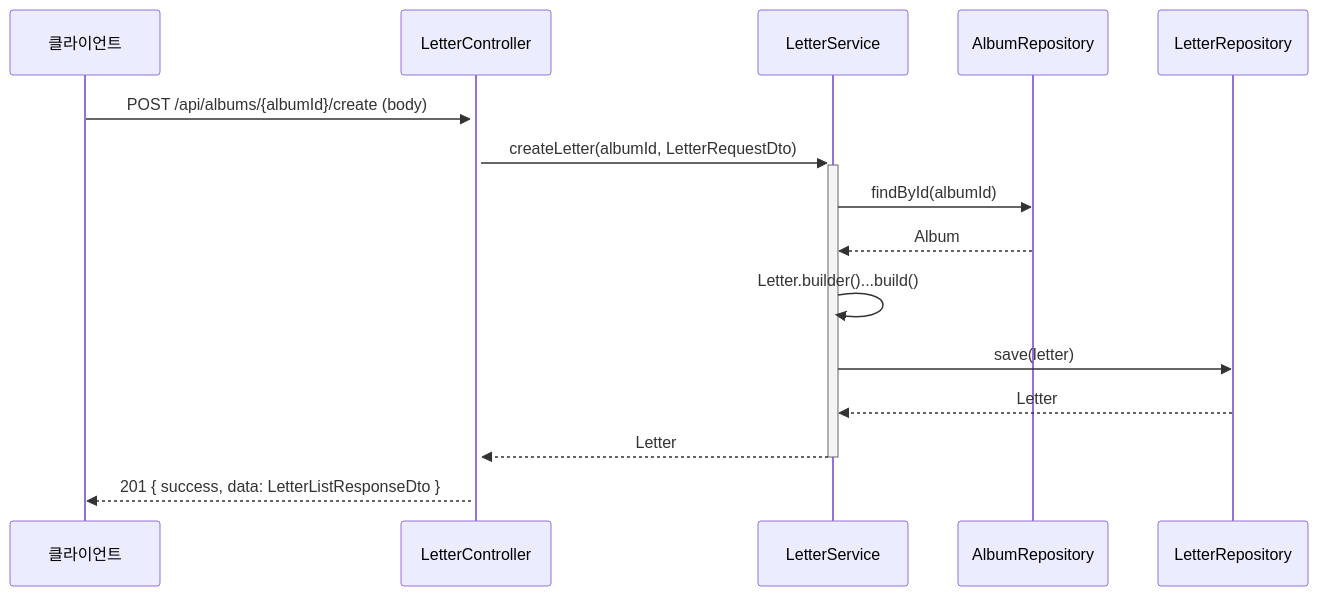
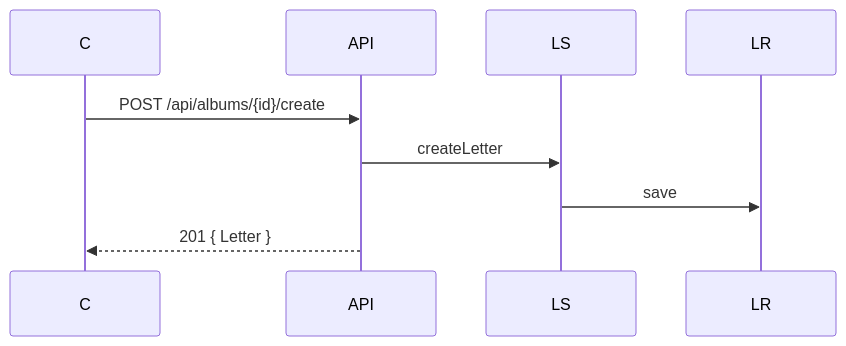
Before and after one commit to jinhyuk9714/memory_of_year: the fifth of 6 diagrams in README.md, drawn with Mermaid. The commit also changed other lines of this file and 22 other files, not shown here.

````diff
--- a/README.md
+++ b/README.md
@@ -221,18 +205,7 @@
 ```mermaid
 sequenceDiagram
-    participant C as 클라이언트
-    participant API as LetterController
-    participant LS as LetterService
-    participant AR as AlbumRepository
-    participant LR as LetterRepository
-
-    C->>+API: POST /api/albums/{albumId}/create (body)
-    API->>+LS: createLetter(albumId, LetterRequestDto)
-    LS->>AR: findById(albumId)
-    AR-->>LS: Album
-    LS->>LS: Letter.builder()...build()
-    LS->>LR: save(letter)
-    LR-->>LS: Letter
-    LS-->>-API: Letter
-    API-->>C: 201 { success, data: LetterListResponseDto }
+    C->>API: POST /api/albums/{id}/create
+    API->>LS: createLetter
+    LS->>LR: save
+    API-->>C: 201 { Letter }
 ```
````
